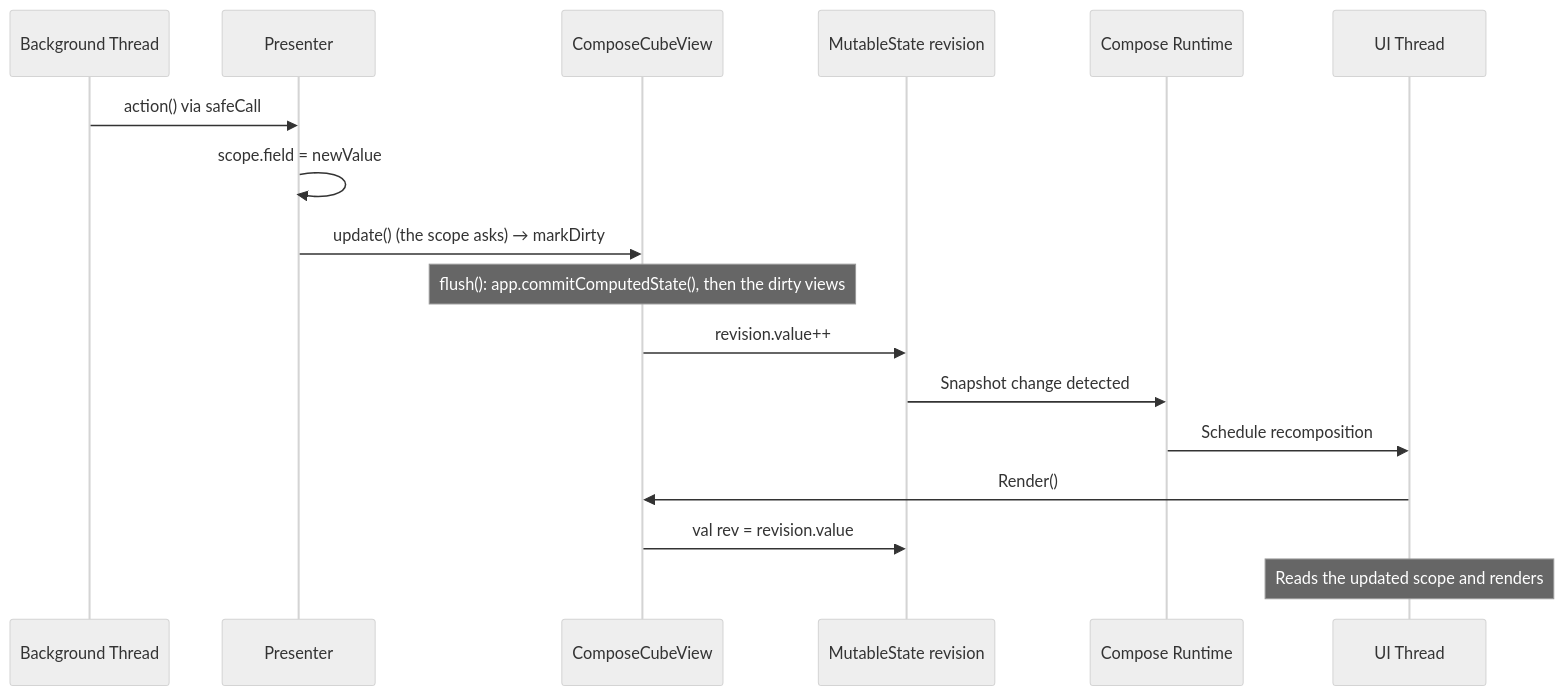
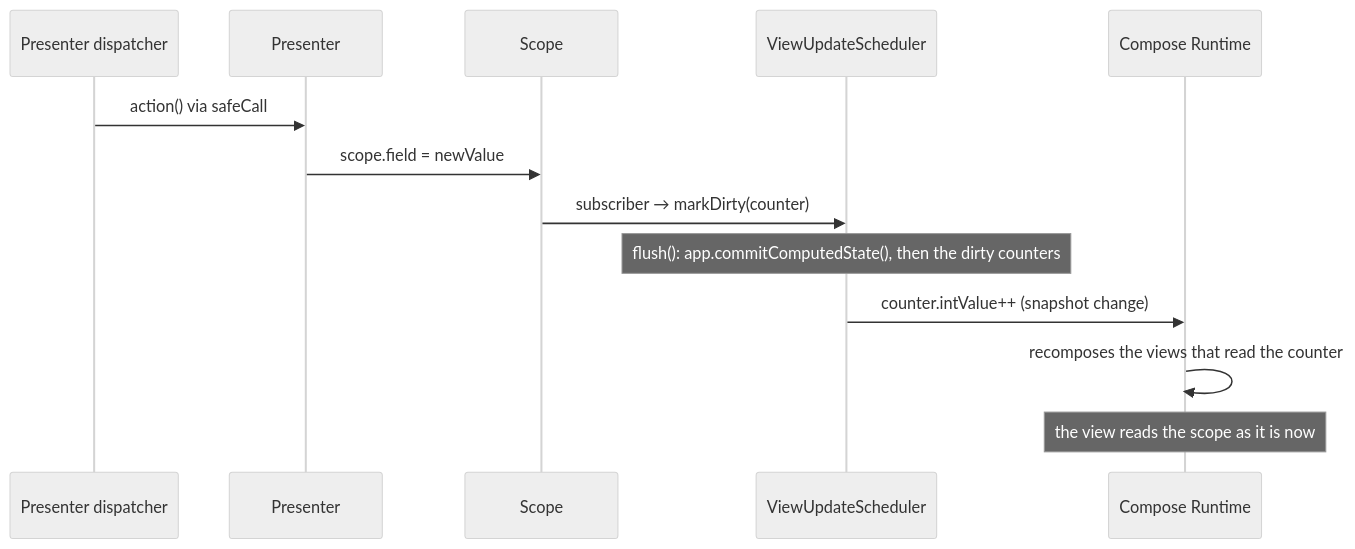
Before and after one commit to mrcdom/wdc-cube-kotlin: the second of 9 diagrams in docs/architecture-cube-compose.md, drawn with Mermaid (neutral theme). The commit also changed other lines of this file and 9 other files, not shown here.

Commit message:
docs: views as functions of the scope, and the layer's registry

````diff
--- a/docs/architecture-cube-compose.md
+++ b/docs/architecture-cube-compose.md
@@ -83,20 +89,16 @@
 ```mermaid
 sequenceDiagram
-    participant BG as Background Thread
+    participant BG as Presenter dispatcher
     participant P as Presenter
-    participant V as ComposeCubeView
-    participant REV as MutableState revision
+    participant S as Scope
+    participant SCH as ViewUpdateScheduler
     participant C as Compose Runtime
-    participant UI as UI Thread
 
     BG->>P: action() via safeCall
-    P->>P: scope.field = newValue
-    P->>V: update() (the scope asks) → markDirty
-    Note over V: flush(): app.commitComputedState(), then the dirty views
-    V->>REV: revision.value++
-    REV->>C: Snapshot change detected
-    C->>UI: Schedule recomposition
-    UI->>V: Render()
-    V->>REV: val rev = revision.value
-    Note over UI: Reads the updated scope and renders
+    P->>S: scope.field = newValue
+    S->>SCH: subscriber → markDirty(counter)
+    Note over SCH: flush(): app.commitComputedState(), then the dirty counters
+    SCH->>C: counter.intValue++ (snapshot change)
+    C->>C: recomposes the views that read the counter
+    Note over C: the view reads the scope as it is now
 ```
````
